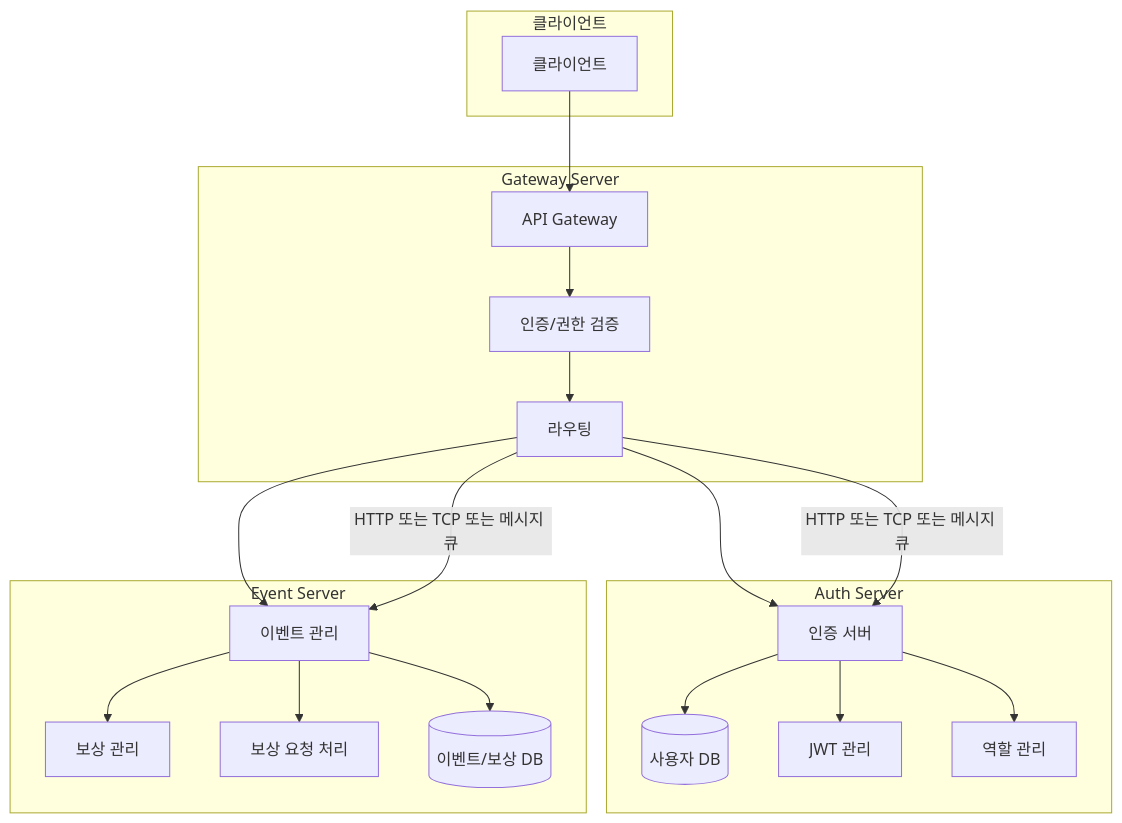
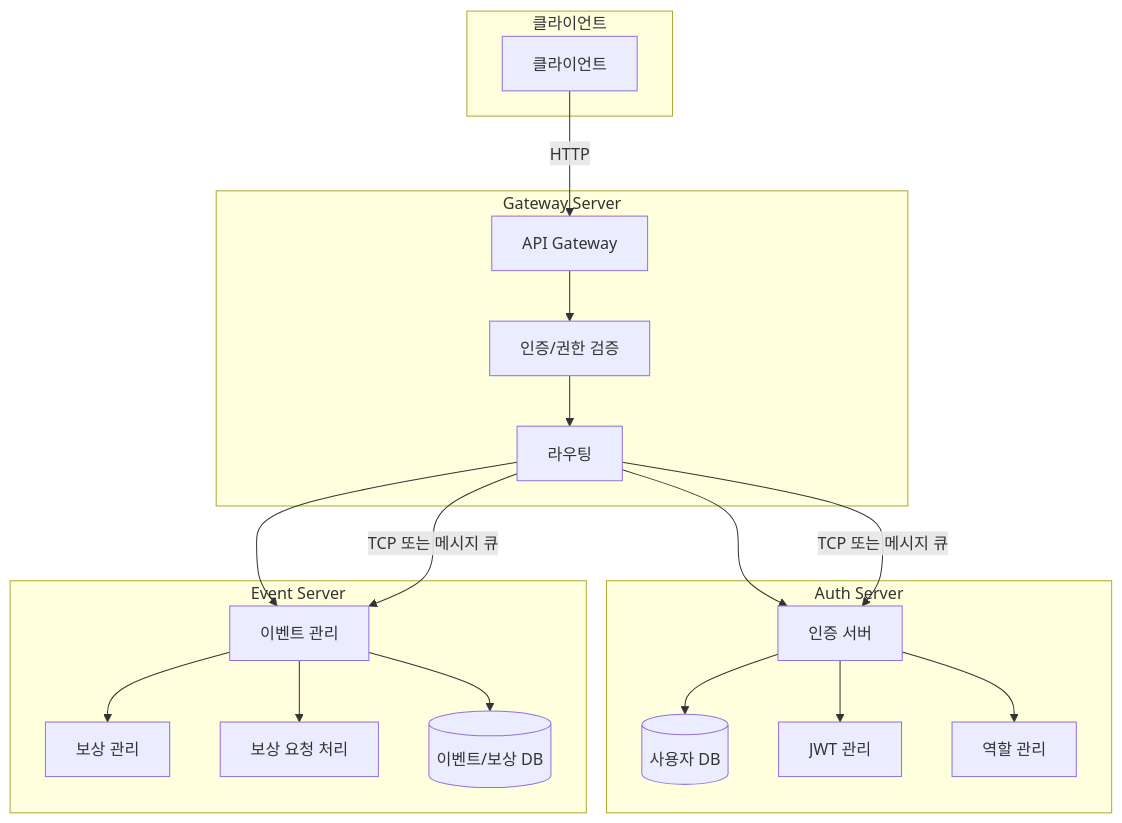
Before and after one commit to DongHoonYu96/event-reward-platform: the diagram in README.md, drawn with Mermaid. The commit also changed other lines of this file and 1 other file, not shown here.

````diff
--- a/README.md
+++ b/README.md
@@ -13,45 +13,47 @@
 ```mermaid
 flowchart TB
     subgraph "클라이언트"
         Client[클라이언트]
     end
 
     subgraph "Gateway Server"
         GW[API Gateway]
         GAUTH[인증/권한 검증]
         GROUTE[라우팅]
     end
 
     subgraph "Auth Server"
         AUTH[인증 서버]
         USER_DB[(사용자 DB)]
         JWT[JWT 관리]
         ROLE[역할 관리]
     end
 
     subgraph "Event Server"
         EVENT[이벤트 관리]
         REWARD[보상 관리]
         REQ[보상 요청 처리]
         EVENT_DB[(이벤트/보상 DB)]
     end
 
-    Client --> GW
+    Client -- "HTTP" --> GW
     GW --> GAUTH
     GAUTH --> GROUTE
 
     GROUTE --> AUTH
     GROUTE --> EVENT
 
     AUTH --> USER_DB
     AUTH --> JWT
     AUTH --> ROLE
 
     EVENT --> EVENT_DB
     EVENT --> REWARD
     EVENT --> REQ
 
     %% 통신 방식
-    GROUTE -- "HTTP 또는 TCP 또는 메시지 큐" --> AUTH
-    GROUTE -- "HTTP 또는 TCP 또는 메시지 큐" --> EVENT
+    GROUTE -- "TCP 또는 메시지 큐" --> AUTH
+    GROUTE -- "TCP 또는 메시지 큐" --> EVENT
+
+    
 ```
````
